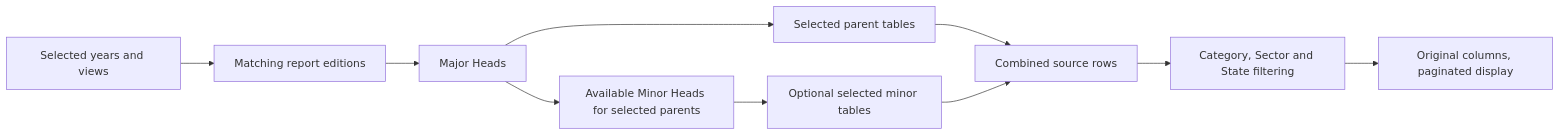
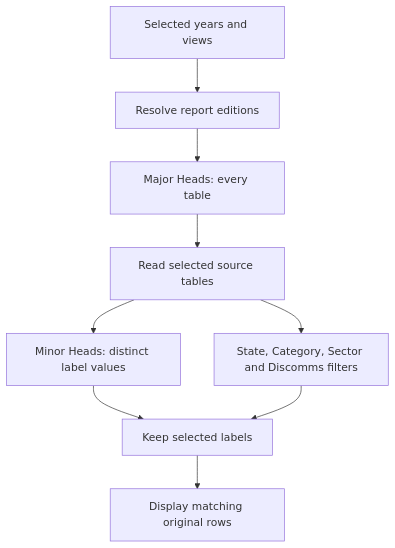
One commit to Ribhu-bhardwaj/Open-PFC changed the third of 3 diagrams in dashboard/decision.md. Above: the diagram before and after it, drawn with Mermaid. The commit also changed other lines of this file and 4 other files, not shown here.

Commit message:
Restore all tables as Major Heads and select measures in Minor Heads

````diff
--- a/dashboard/decision.md
+++ b/dashboard/decision.md
@@ -166,12 +167,11 @@
 ```mermaid
-flowchart LR
-    A[Selected years and views] --> B[Matching report editions]
-    B --> C[Major Heads]
-    C --> D[Available Minor Heads for selected parents]
-    C --> E[Selected parent tables]
-    D --> F[Optional selected minor tables]
-    E --> G[Combined source rows]
+flowchart TD
+    A[Selected years and views] --> B[Resolve report editions]
+    B --> C[Major Heads: every table]
+    C --> D[Read selected source tables]
+    D --> E[Minor Heads: distinct label values]
+    D --> F[State, Category, Sector and Discomms filters]
+    E --> G[Keep selected labels]
     F --> G
-    G --> H[Category, Sector and State filtering]
-    H --> I[Original columns, paginated display]
+    G --> H[Display matching original rows]
 ```
````
